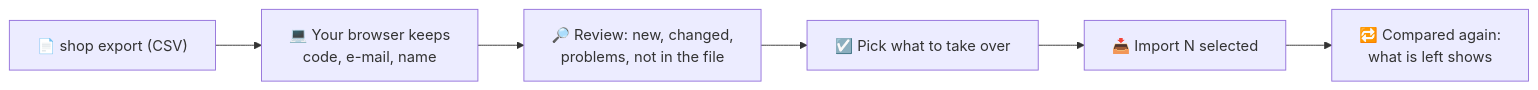
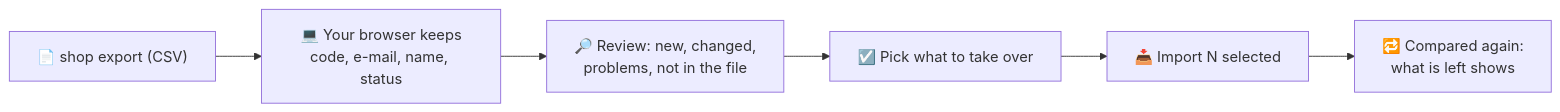
One commit to MorpheusMXML/hamburn-cozynights changed the diagram in docs/admin/tickets.md. Above: the diagram before and after it, drawn with Mermaid. The commit also changed other lines of this file and 6 other files, not shown here.

````diff
--- a/docs/admin/tickets.md
+++ b/docs/admin/tickets.md
@@ -52,8 +52,8 @@
 ```mermaid
 flowchart LR
-  file["📄 shop export (CSV)"] --> browser["💻 Your browser keeps<br/>code, e-mail, name"]
+  file["📄 shop export (CSV)"] --> browser["💻 Your browser keeps<br/>code, e-mail, name, status"]
   browser --> review["🔎 Review: new, changed,<br/>problems, not in the file"]
   review --> pick["☑️ Pick what to take over"]
   pick --> import["📥 Import N selected"]
   import --> again["🔁 Compared again:<br/>what is left shows"]
 ```
````
